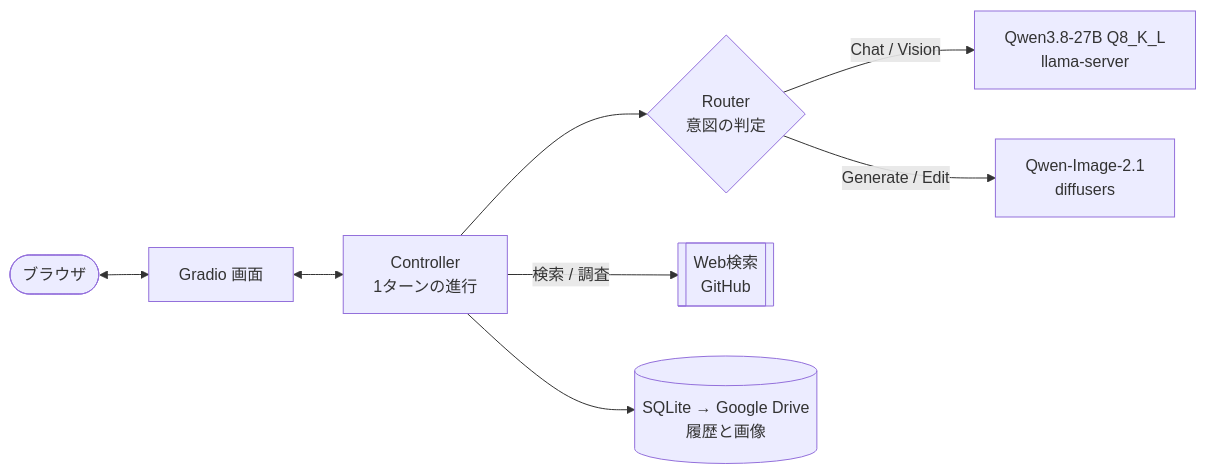
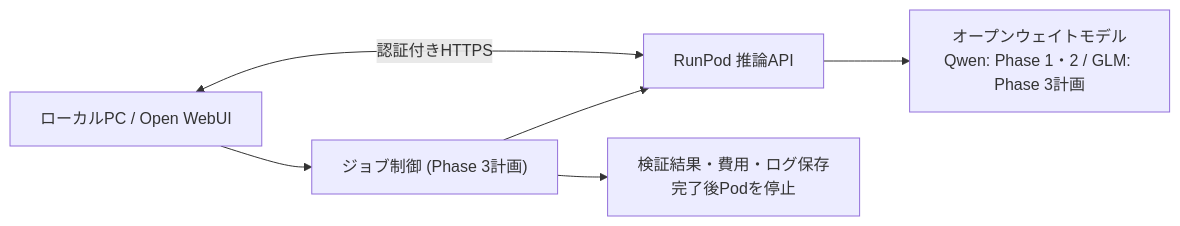
The diagram in README.ja.md (moruku36/open-llm-multimodal-lab), drawn with Mermaid before and after one commit. The commit also changed other lines of this file, not shown here.

Commit message:
docs: simplify landing README with Phase 1-3 progress and corrected repo links

````diff
--- a/README.ja.md
+++ b/README.ja.md
@@ -70,10 +17,8 @@
 ```mermaid
 flowchart LR
-    U(["ブラウザ"]) <--> UI["Gradio 画面"]
-    UI <--> C["Controller<br/>1ターンの進行"]
-    C --> R{"Router<br/>意図の判定"}
-    R -->|"Chat / Vision"| L["Qwen3.8-27B Q8_K_L<br/>llama-server"]
-    R -->|"Generate / Edit"| I["Qwen-Image-2.1<br/>diffusers"]
-    C -->|"検索 / 調査"| W[["Web検索<br/>GitHub"]]
-    C --> H[("SQLite → Google Drive<br/>履歴と画像")]
+    U["ローカルPC / Open WebUI"] <-->|"認証付きHTTPS"| API["RunPod 推論API"]
+    API --> M["オープンウェイトモデル<br/>Qwen: Phase 1・2 / GLM: Phase 3計画"]
+    U --> J["ジョブ制御 (Phase 3計画)"]
+    J --> API
+    J --> R["検証結果・費用・ログ保存<br/>完了後Podを停止"]
 ```
````
